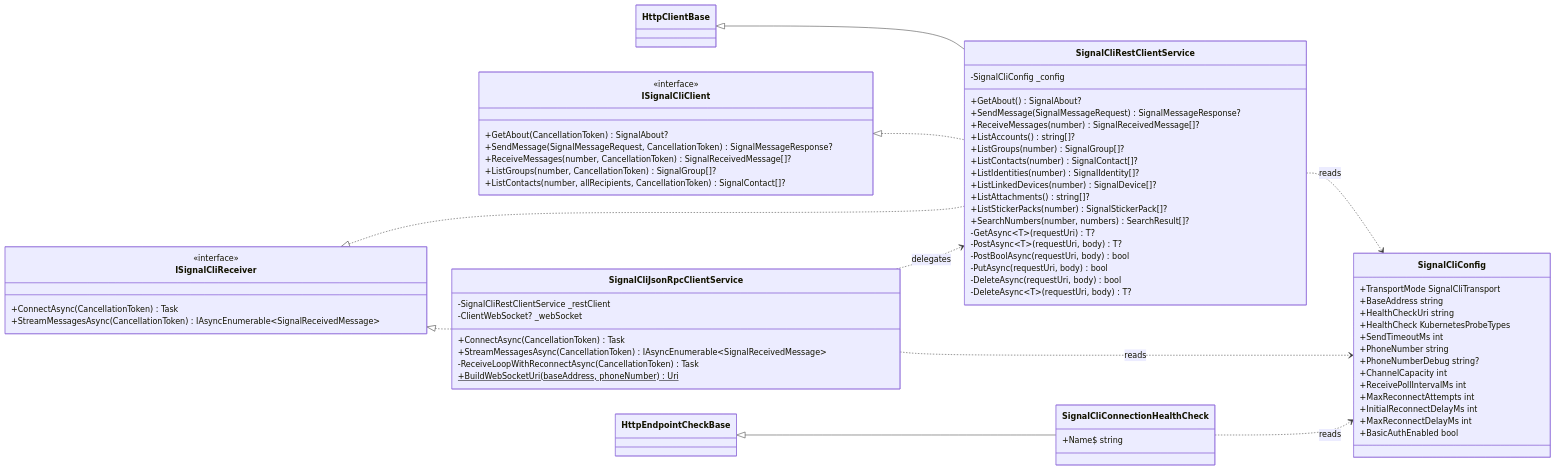
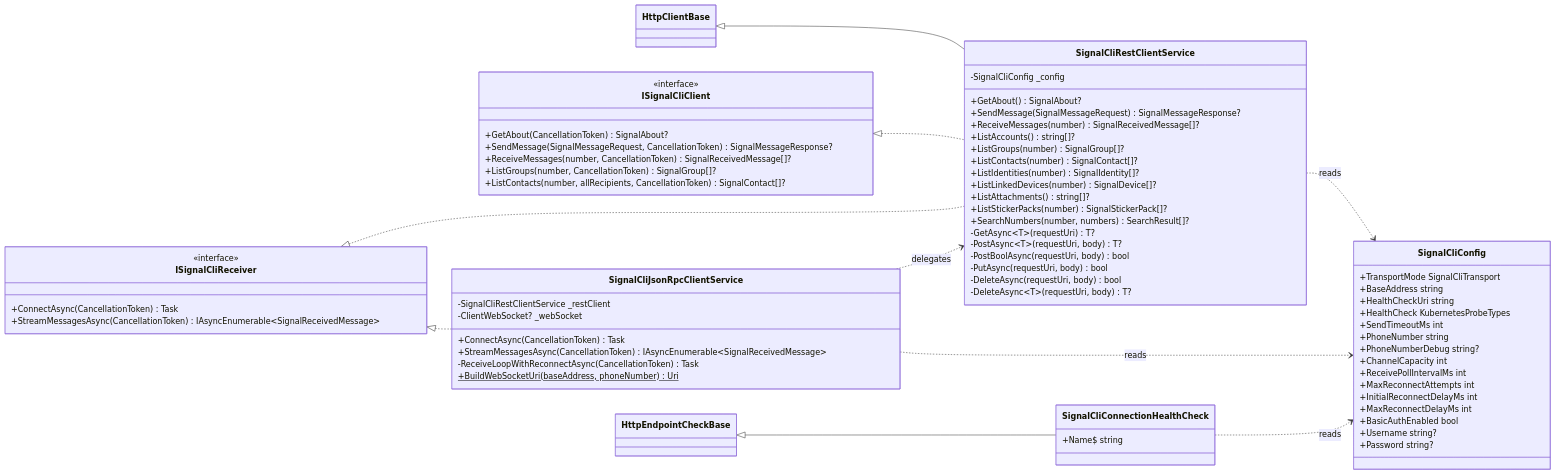
One commit to f2calv/SmartHaus changed the first of 2 diagrams in src/CasCap.Api.SignalCli/README.md. Above: the diagram before and after it, drawn with Mermaid. The commit also changed other lines of this file and 11 other files, not shown here.

````diff
--- a/src/CasCap.Api.SignalCli/README.md
+++ b/src/CasCap.Api.SignalCli/README.md
@@ -257,80 +253,82 @@
 ```mermaid
 classDiagram
     direction LR
 
     HttpClientBase <|-- SignalCliRestClientService
     HttpEndpointCheckBase <|-- SignalCliConnectionHealthCheck
     ISignalCliClient <|.. SignalCliRestClientService
     ISignalCliReceiver <|.. SignalCliRestClientService
     ISignalCliReceiver <|.. SignalCliJsonRpcClientService
     SignalCliJsonRpcClientService ..> SignalCliRestClientService : delegates
 
     class ISignalCliClient {
         <<interface>>
         +GetAbout(CancellationToken) SignalAbout?
         +SendMessage(SignalMessageRequest, CancellationToken) SignalMessageResponse?
         +ReceiveMessages(number, CancellationToken) SignalReceivedMessage[]?
         +ListGroups(number, CancellationToken) SignalGroup[]?
         +ListContacts(number, allRecipients, CancellationToken) SignalContact[]?
     }
 
     class ISignalCliReceiver {
         <<interface>>
         +ConnectAsync(CancellationToken) Task
         +StreamMessagesAsync(CancellationToken) IAsyncEnumerable~SignalReceivedMessage~
     }
 
     class SignalCliRestClientService {
         -SignalCliConfig _config
         +GetAbout() SignalAbout?
         +SendMessage(SignalMessageRequest) SignalMessageResponse?
         +ReceiveMessages(number) SignalReceivedMessage[]?
         +ListAccounts() string[]?
         +ListGroups(number) SignalGroup[]?
         +ListContacts(number) SignalContact[]?
         +ListIdentities(number) SignalIdentity[]?
         +ListLinkedDevices(number) SignalDevice[]?
         +ListAttachments() string[]?
         +ListStickerPacks(number) SignalStickerPack[]?
         +SearchNumbers(number, numbers) SearchResult[]?
         -GetAsync~T~(requestUri) T?
         -PostAsync~T~(requestUri, body) T?
         -PostBoolAsync(requestUri, body) bool
         -PutAsync(requestUri, body) bool
         -DeleteAsync(requestUri, body) bool
         -DeleteAsync~T~(requestUri, body) T?
     }
 
     class SignalCliJsonRpcClientService {
         -SignalCliRestClientService _restClient
         -ClientWebSocket? _webSocket
         +ConnectAsync(CancellationToken) Task
         +StreamMessagesAsync(CancellationToken) IAsyncEnumerable~SignalReceivedMessage~
         -ReceiveLoopWithReconnectAsync(CancellationToken) Task
         +BuildWebSocketUri(baseAddress, phoneNumber)$ Uri
     }
 
     class SignalCliConnectionHealthCheck {
         +Name$ string
     }
 
     class SignalCliConfig {
         +TransportMode SignalCliTransport
         +BaseAddress string
         +HealthCheckUri string
         +HealthCheck KubernetesProbeTypes
         +SendTimeoutMs int
         +PhoneNumber string
         +PhoneNumberDebug string?
         +ChannelCapacity int
         +ReceivePollIntervalMs int
         +MaxReconnectAttempts int
         +InitialReconnectDelayMs int
         +MaxReconnectDelayMs int
         +BasicAuthEnabled bool
+        +Username string?
+        +Password string?
     }
 
     SignalCliRestClientService ..> SignalCliConfig : reads
     SignalCliJsonRpcClientService ..> SignalCliConfig : reads
     SignalCliConnectionHealthCheck ..> SignalCliConfig : reads
 ```
````
